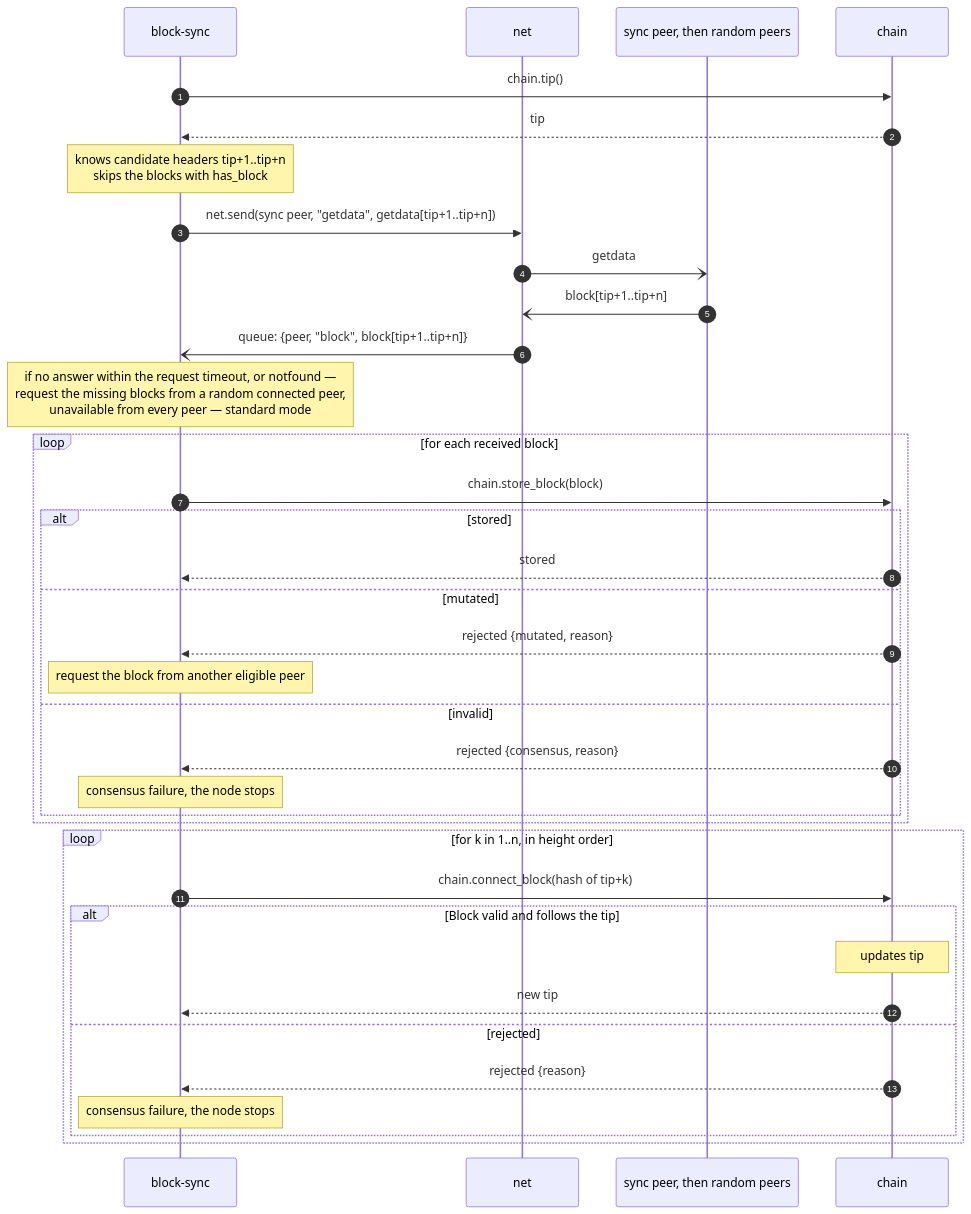
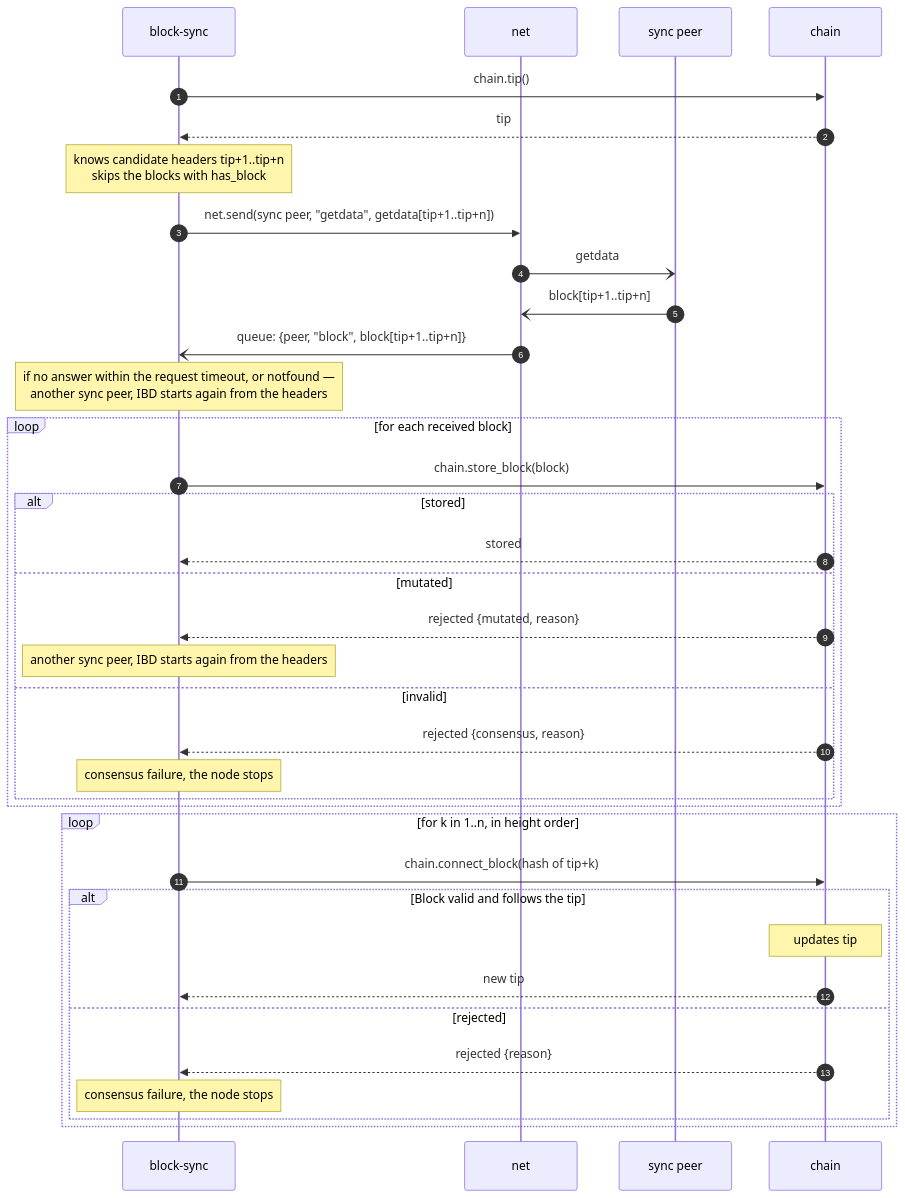
Before and after one commit to VakthundBTC/vakthund: the second of 2 diagrams in docs/flows/mode-ibd.md, drawn with Mermaid. The commit also changed other lines of this file and 14 other files, not shown here.

Commit message:
Add block-sync state and event loop.

````diff
--- a/docs/flows/mode-ibd.md
+++ b/docs/flows/mode-ibd.md
@@ -71,38 +79,38 @@
 ```mermaid
 sequenceDiagram
     autonumber
     participant BS as block-sync
     participant N as net
-    participant P as sync peer, then random peers
+    participant P as sync peer
     participant C as chain
     BS ->> C: chain.tip()
     C -->> BS: tip
     Note over BS: knows candidate headers tip+1..tip+n<br/>skips the blocks with has_block
     BS ->> N: net.send(sync peer, "getdata", getdata[tip+1..tip+n])
     N -) P: getdata
     P -) N: block[tip+1..tip+n]
     N -) BS: queue: {peer, "block", block[tip+1..tip+n]}
-    Note over BS: if no answer within the request timeout, or notfound —<br/>request the missing blocks from a random connected peer,<br/>unavailable from every peer — standard mode
+    Note over BS: if no answer within the request timeout, or notfound —<br/>another sync peer, IBD starts again from the headers
     loop for each received block
         BS ->> C: chain.store_block(block)
         alt stored
             C -->> BS: stored
         else mutated
             C -->> BS: rejected {mutated, reason}
-            Note over BS: request the block from another eligible peer
+            Note over BS: another sync peer, IBD starts again from the headers
         else invalid
             C -->> BS: rejected {consensus, reason}
             Note over BS: consensus failure, the node stops
         end
     end
     loop for k in 1..n, in height order
         BS ->> C: chain.connect_block(hash of tip+k)
         alt Block valid and follows the tip
             Note over C: updates tip
             C -->> BS: new tip
         else rejected
             C -->> BS: rejected {reason}
             Note over BS: consensus failure, the node stops
         end
     end
 ```
````
